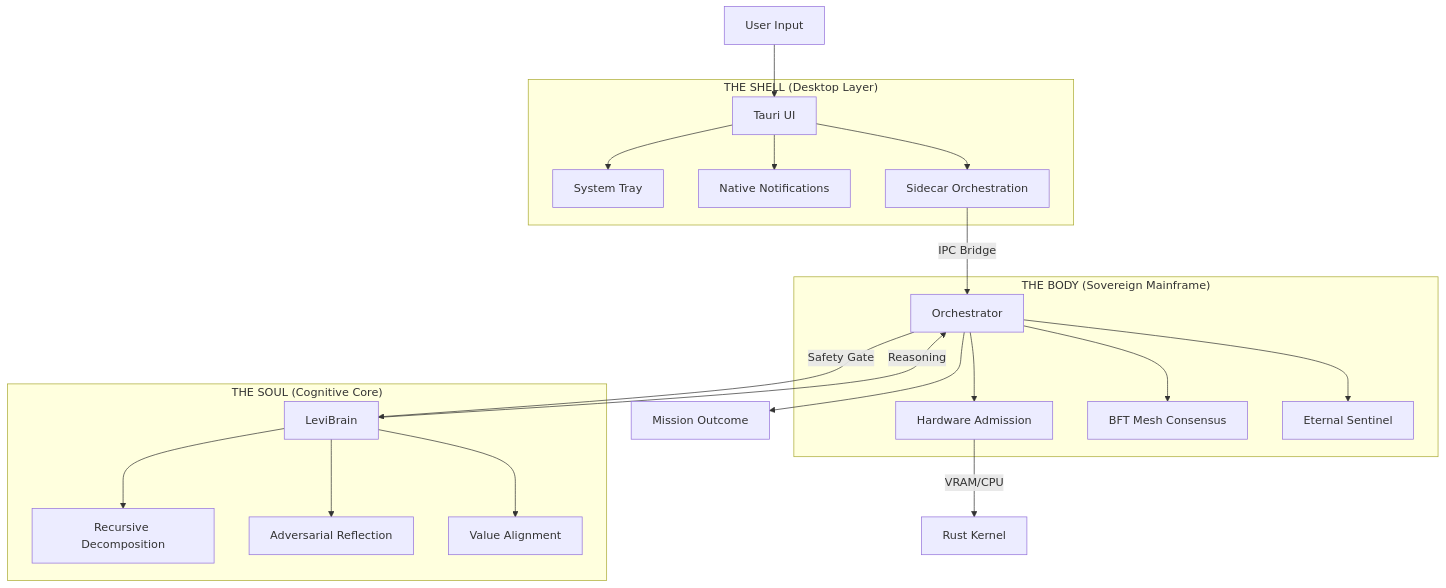
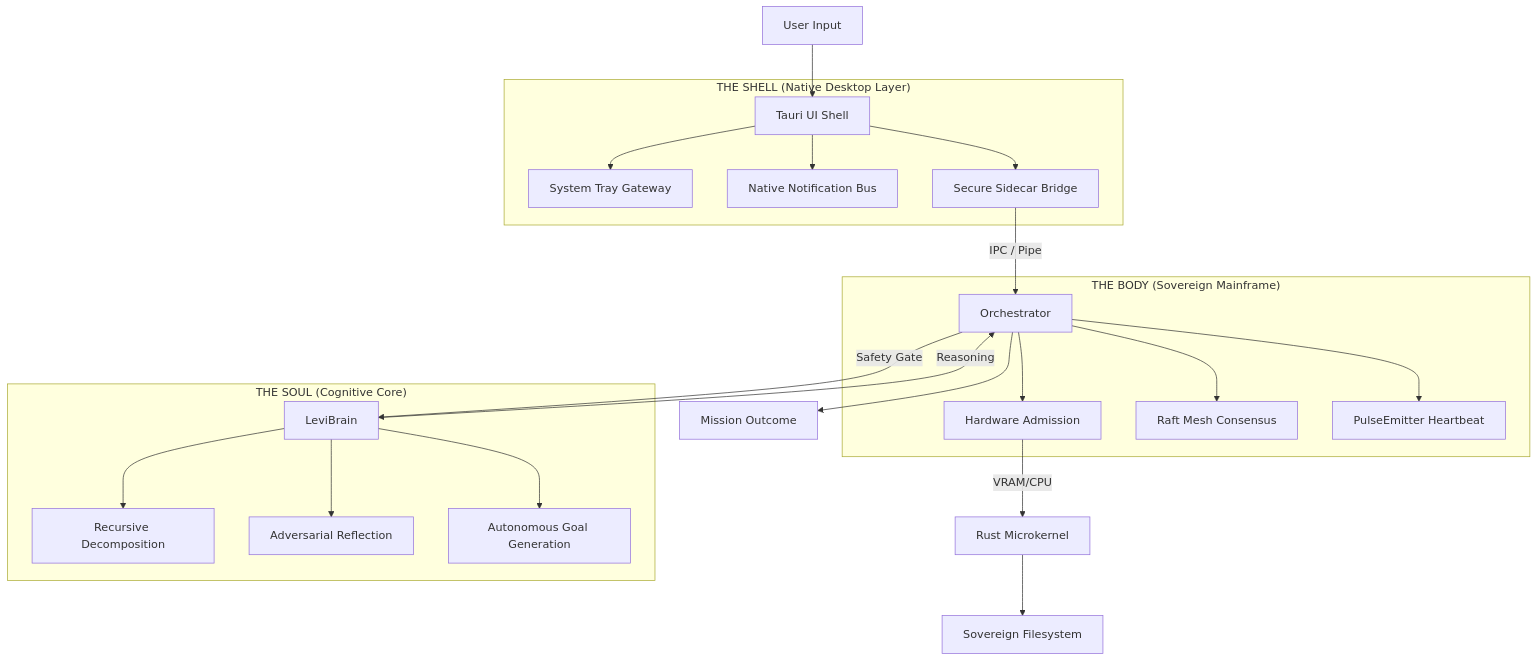
One commit to Blackdrg/levi-ai-innovate changed the first of 10 diagrams in README.md. Above: the diagram before and after it, drawn with Mermaid. The commit also changed other lines of this file and 18 other files, not shown here.

````diff
--- a/README.md
+++ b/README.md
@@ -8,28 +8,29 @@
 ```mermaid
 graph TD
-    subgraph "THE SHELL (Desktop Layer)"
-        T[Tauri UI] --> T1[System Tray]
-        T --> T2[Native Notifications]
-        T --> T3[Sidecar Orchestration]
+    subgraph "THE SHELL (Native Desktop Layer)"
+        T[Tauri UI Shell] --> T1[System Tray Gateway]
+        T --> T2[Native Notification Bus]
+        T --> T3[Secure Sidecar Bridge]
     end
 
     subgraph "THE SOUL (Cognitive Core)"
         B[LeviBrain] --> B1[Recursive Decomposition]
         B --> B2[Adversarial Reflection]
-        B --> B3[Value Alignment]
+        B --> B3[Autonomous Goal Generation]
     end
 
     subgraph "THE BODY (Sovereign Mainframe)"
         O[Orchestrator] --> O1[Hardware Admission]
-        O --> O2[BFT Mesh Consensus]
-        O --> O3[Eternal Sentinel]
+        O --> O2[Raft Mesh Consensus]
+        O --> O3[PulseEmitter Heartbeat]
     end
 
-    T3 -- "IPC Bridge" --> O
+    T3 -- "IPC / Pipe" --> O
     U[User Input] --> T
     O -- "Safety Gate" --> B
     B -- "Reasoning" --> O
     O --> R[Mission Outcome]
     
-    O1 -- "VRAM/CPU" --> K[Rust Kernel]
+    O1 -- "VRAM/CPU" --> K[Rust Microkernel]
+    K --> SFS[Sovereign Filesystem]
 ```
````
